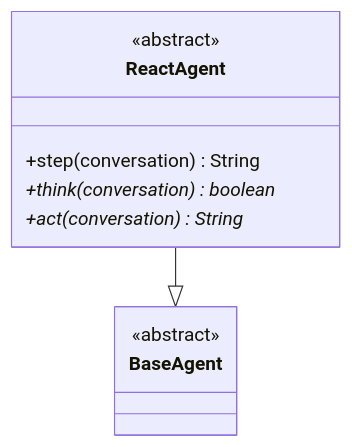
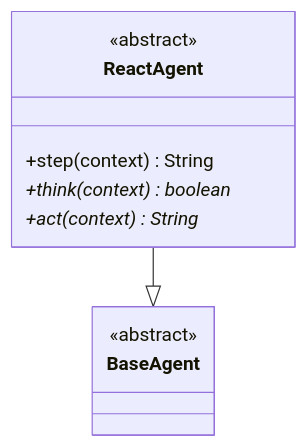
The fifth of 14 diagrams in core/docs/AGENT-FLOW.en.md (jixie-wish/Janus), drawn with Mermaid before and after one commit. The commit also changed other lines of this file and 24 other files, not shown here.

````diff
--- a/core/docs/AGENT-FLOW.en.md
+++ b/core/docs/AGENT-FLOW.en.md
@@ -95,13 +252,13 @@
 ```mermaid
 classDiagram
     class BaseAgent {
         <<abstract>>
     }
     class ReactAgent {
         <<abstract>>
-        +step(conversation) String
-        +think(conversation)* boolean
-        +act(conversation)* String
+        +step(context) String
+        +think(context)* boolean
+        +act(context)* String
     }
     ReactAgent --|> BaseAgent
 ```
````
